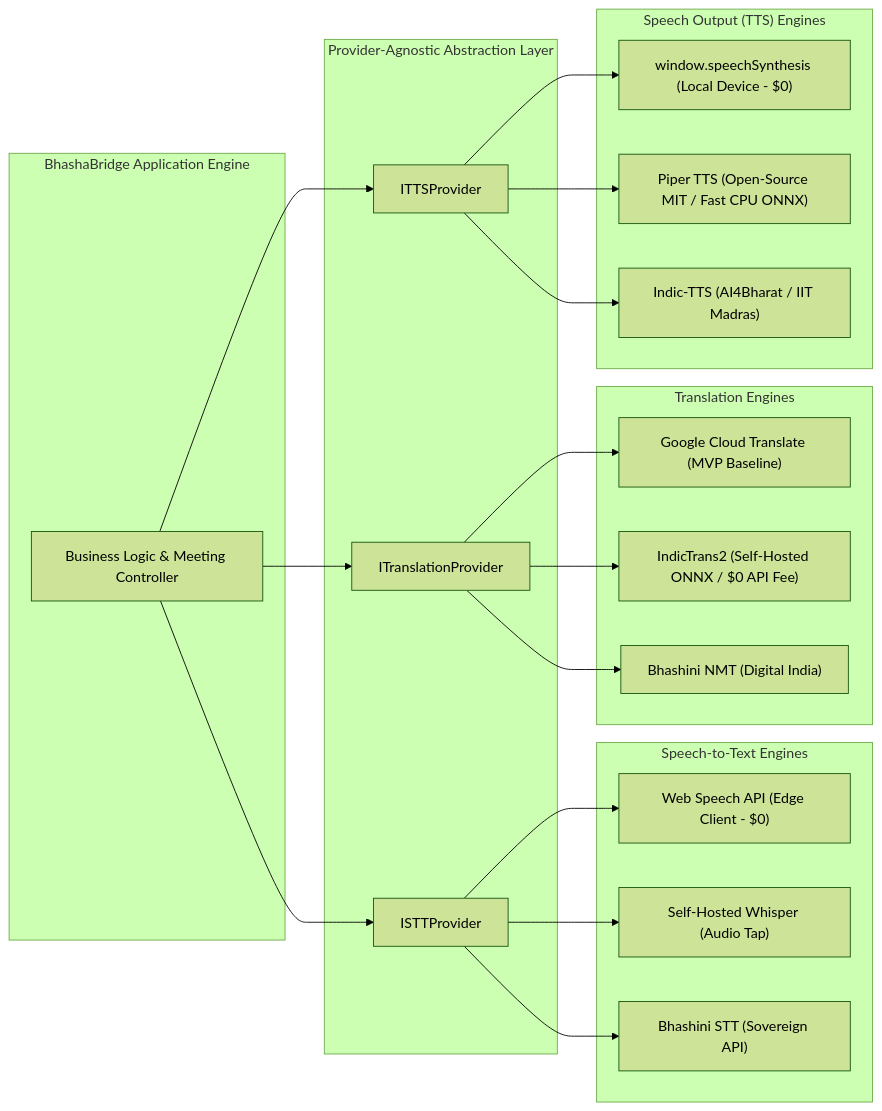
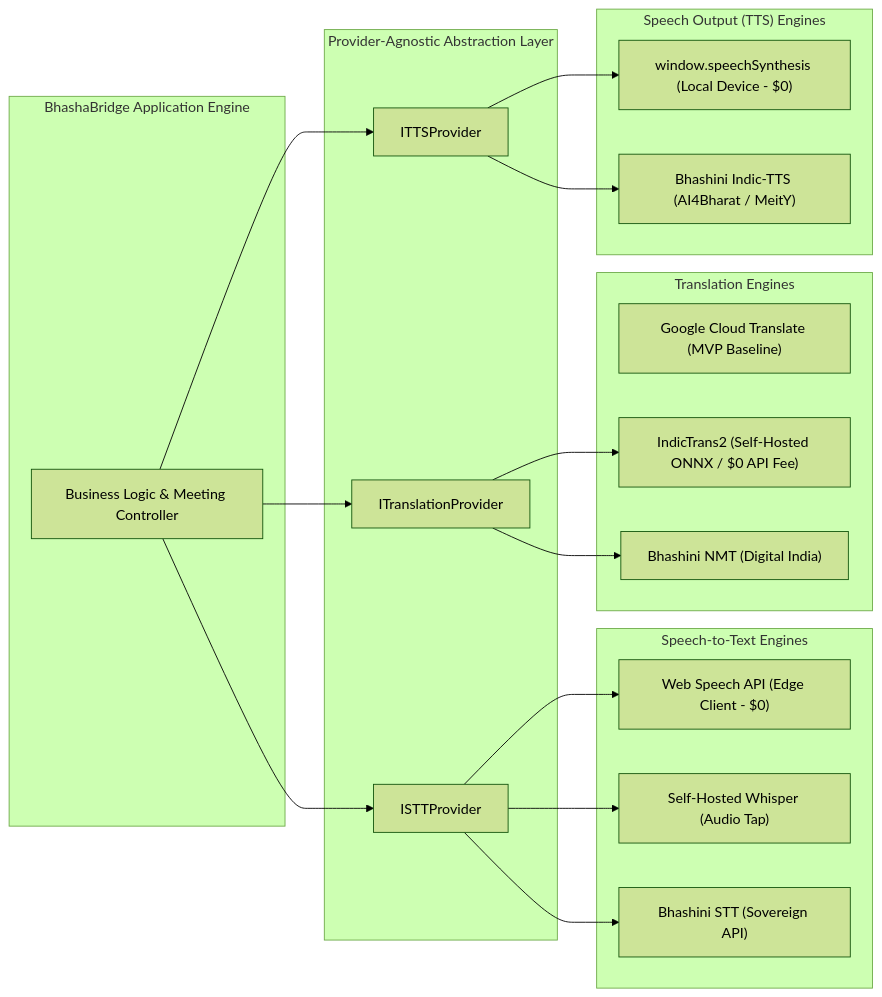
The fourth of 4 diagrams in docs/newArchitecture.md (aditya-strategix/BhashaBridge), drawn with Mermaid (forest theme) before and after one commit. The commit also changed other lines of this file and 96 other files, not shown here.

Commit message:
major architecture changes happened

````diff
--- a/docs/newArchitecture.md
+++ b/docs/newArchitecture.md
@@ -266,46 +508,43 @@
 ```mermaid
 flowchart LR
     subgraph CoreApp["BhashaBridge Application Engine"]
         Engine["Business Logic & Meeting Controller"]
     end
 
     subgraph Adapters["Provider-Agnostic Abstraction Layer"]
         STTAdapter["ISTTProvider"]
         TransAdapter["ITranslationProvider"]
         TTSAdapter["ITTSProvider"]
     end
 
     subgraph STTEngines["Speech-to-Text Engines"]
         WebSpeech["Web Speech API (Edge Client - $0)"]
         Whisper["Self-Hosted Whisper (Audio Tap)"]
         BhashiniSTT["Bhashini STT (Sovereign API)"]
     end
 
     subgraph MTEngines["Translation Engines"]
         GoogleMT["Google Cloud Translate (MVP Baseline)"]
         IndicTrans2["IndicTrans2 (Self-Hosted ONNX / $0 API Fee)"]
         BhashiniMT["Bhashini NMT (Digital India)"]
     end
 
     subgraph TTSEngines["Speech Output (TTS) Engines"]
         ClientSynth["window.speechSynthesis (Local Device - $0)"]
-        Piper["Piper TTS (Open-Source MIT / Fast CPU ONNX)"]
-        IndicTTS["Indic-TTS (AI4Bharat / IIT Madras)"]
+        IndicTTS["Bhashini Indic-TTS (AI4Bharat / MeitY)"]
     end
 
     Engine --> STTAdapter
     Engine --> TransAdapter
     Engine --> TTSAdapter
 
     STTAdapter --> WebSpeech
     STTAdapter --> Whisper
     STTAdapter --> BhashiniSTT
 
-    TransAdapter --> GoogleMT
     TransAdapter --> IndicTrans2
     TransAdapter --> BhashiniMT
 
     TTSAdapter --> ClientSynth
-    TTSAdapter --> Piper
     TTSAdapter --> IndicTTS
 ```
````
